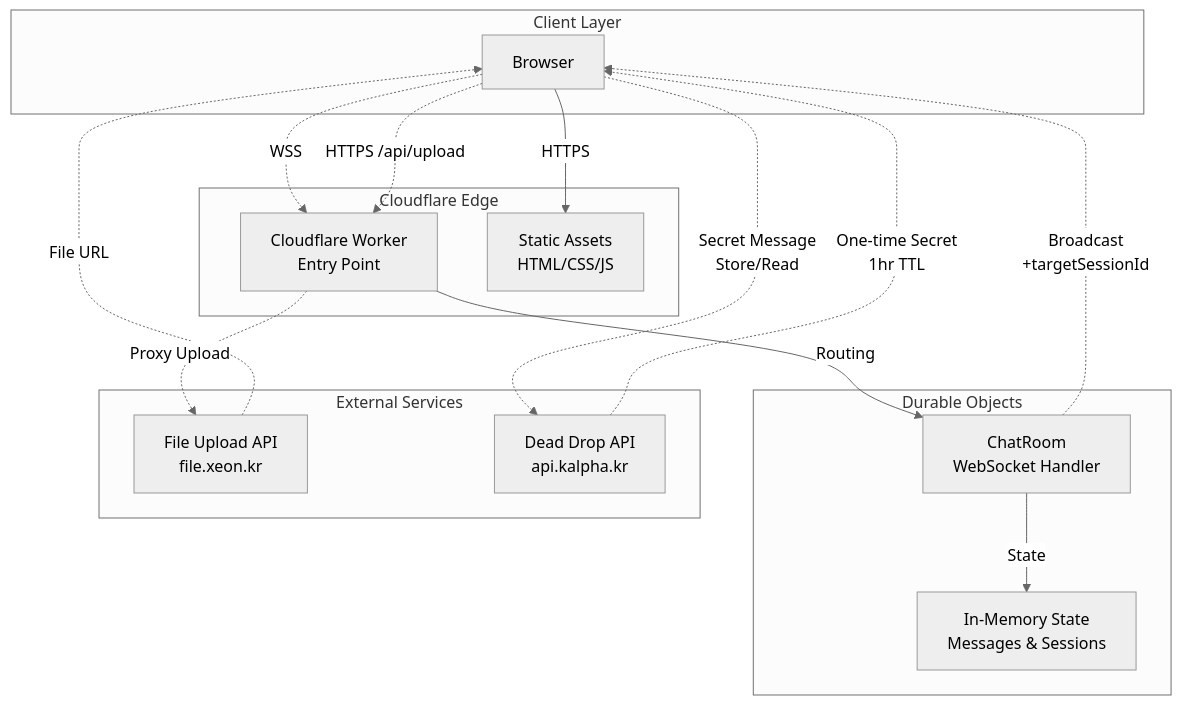
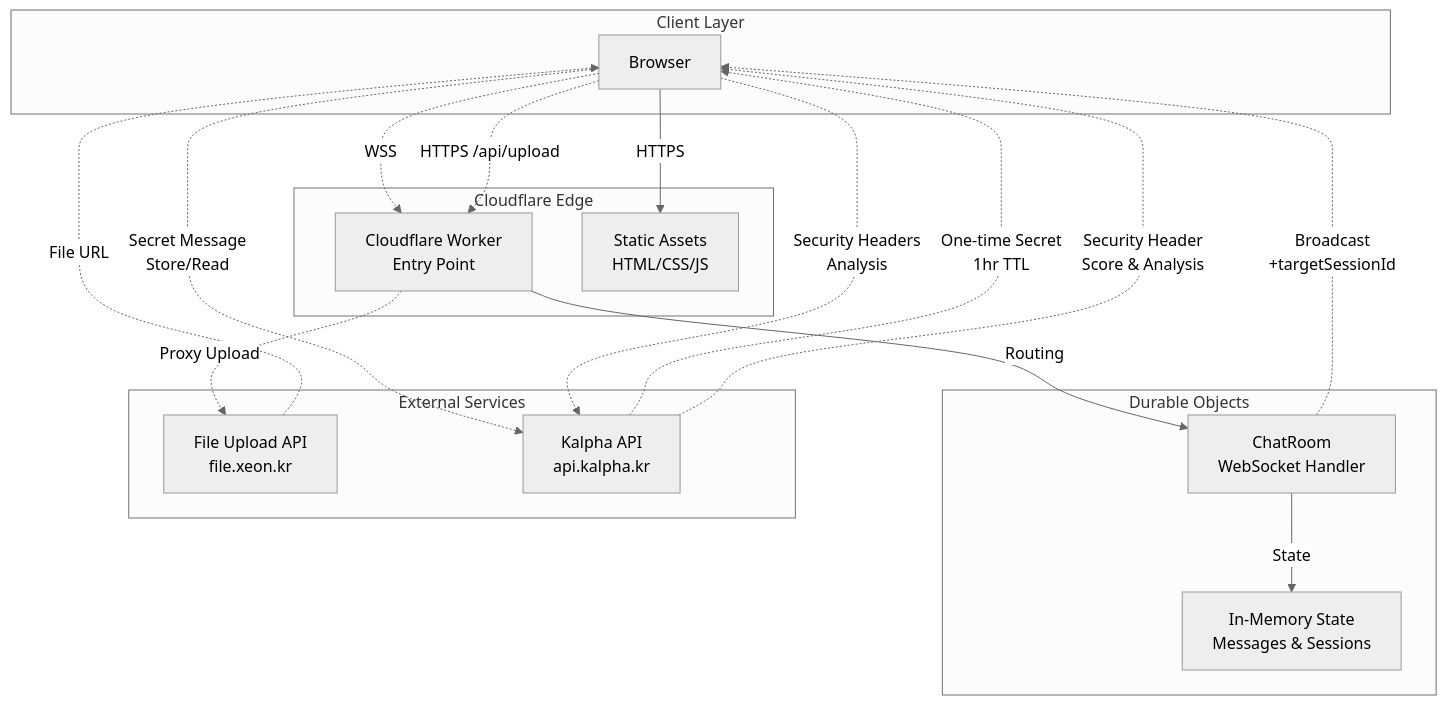
One commit to gguatit/Anonymous_Chat changed the first of 2 diagrams in README.md. Above: the diagram before and after it, drawn with Mermaid (neutral theme). The commit also changed other lines of this file and 4 other files, not shown here.

````diff
--- a/README.md
+++ b/README.md
@@ -253,32 +256,34 @@
 ```mermaid
 graph TB
     subgraph "Client Layer"
         A[Browser]
     end
     
     subgraph "Cloudflare Edge"
         B[Cloudflare Worker<br/>Entry Point]
         C[Static Assets<br/>HTML/CSS/JS]
     end
     
     subgraph "Durable Objects"
         D[ChatRoom<br/>WebSocket Handler]
         E[In-Memory State<br/>Messages & Sessions]
     end
     
     subgraph "External Services"
         F[File Upload API<br/>file.xeon.kr]
-        G[Dead Drop API<br/>api.kalpha.kr]
+        G[Kalpha API<br/>api.kalpha.kr]
     end
     
     A -->|HTTPS| C
     A -.->|WSS| B
     A -.->|HTTPS /api/upload| B
     A -.->|Secret Message<br/>Store/Read| G
+    A -.->|Security Headers<br/>Analysis| G
     B -->|Routing| D
     B -.->|Proxy Upload| F
     D -->|State| E
     D -.->|Broadcast<br/>+targetSessionId| A
     F -.->|File URL| A
     G -.->|One-time Secret<br/>1hr TTL| A
+    G -.->|Security Header<br/>Score & Analysis| A
 ```
````
